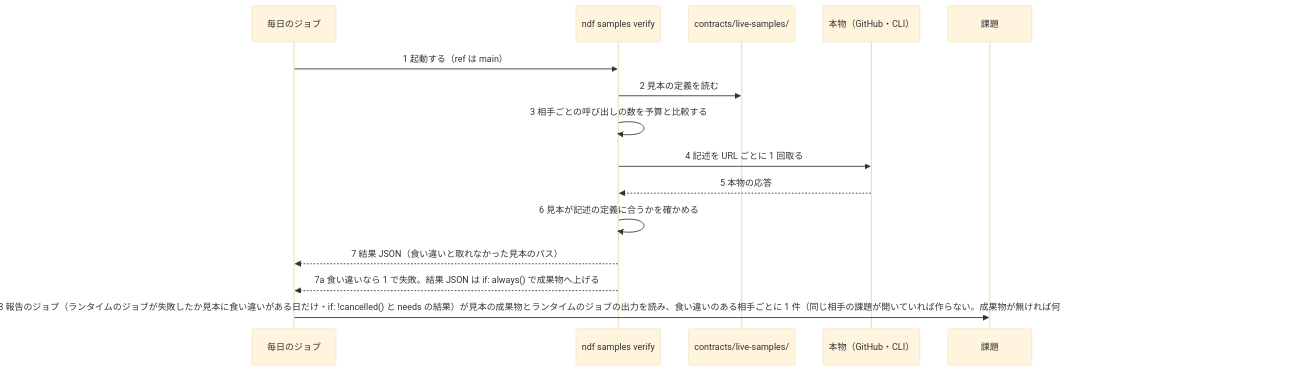
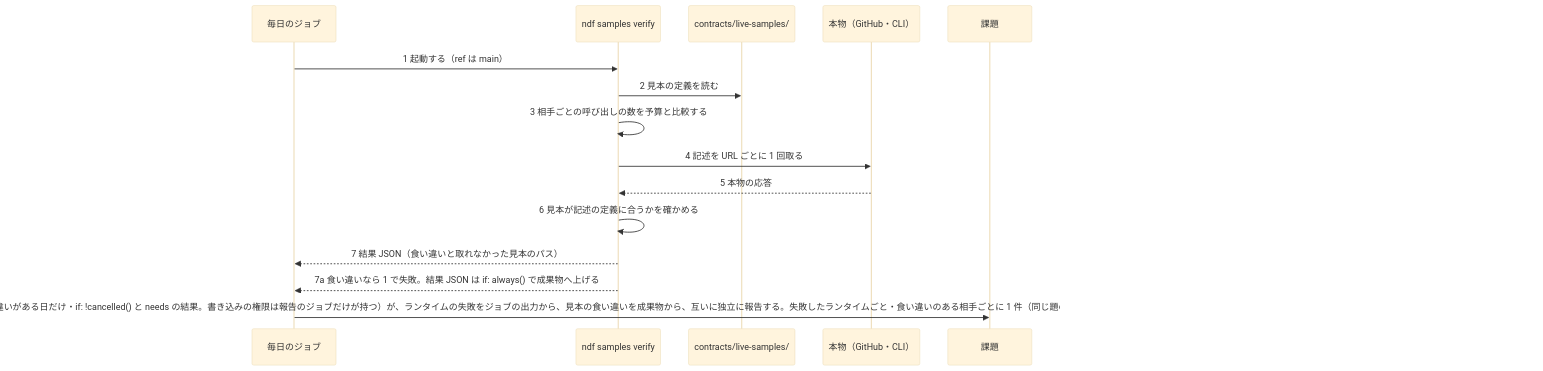
The fourth of 5 diagrams in issues/issue-3687-design.md (devbasex/ai-plugins), drawn with Mermaid (base theme) before and after one commit.

Commit message:
Docs: 成果物が無いとき省くのは見本の報告だけと設計の手順 8 に書く（PR 4348 の r2-1）

````diff
--- a/issues/issue-3687-design.md
+++ b/issues/issue-3687-design.md
@@ -273,17 +273,17 @@
 ```mermaid
 sequenceDiagram
   participant D as 毎日のジョブ
   participant V as ndf samples verify
   participant C as contracts/live-samples/
   participant R as 本物（GitHub・CLI）
   participant G as 課題
   D->>V: 1 起動する（ref は main）
   V->>C: 2 見本の定義を読む
   V->>V: 3 相手ごとの呼び出しの数を予算と比較する
   V->>R: 4 記述を URL ごとに 1 回取る
   R-->>V: 5 本物の応答
   V->>V: 6 見本が記述の定義に合うかを確かめる
   V-->>D: 7 結果 JSON（食い違いと取れなかった見本のパス）
   V-->>D: 7a 食い違いなら 1 で失敗。結果 JSON は if: always() で成果物へ上げる
-  D->>G: 8 報告のジョブ（ランタイムのジョブが失敗したか見本に食い違いがある日だけ・if: !cancelled() と needs の結果）が見本の成果物とランタイムのジョブの出力を読み、食い違いのある相手ごとに 1 件（同じ相手の課題が開いていれば作らない。成果物が無ければ何もしない。書き込みの権限は報告のジョブだけが持つ）
+  D->>G: 8 報告のジョブ（ランタイムのジョブが失敗したか見本に食い違いがある日だけ・if: !cancelled() と needs の結果。書き込みの権限は報告のジョブだけが持つ）が、ランタイムの失敗をジョブの出力から、見本の食い違いを成果物から、互いに独立に報告する。失敗したランタイムごと・食い違いのある相手ごとに 1 件（同じ題の課題が開いていればコメントを足す）。見本の成果物が無ければ見本の報告だけを省き、ランタイムの失敗は報告する
 ```
````
